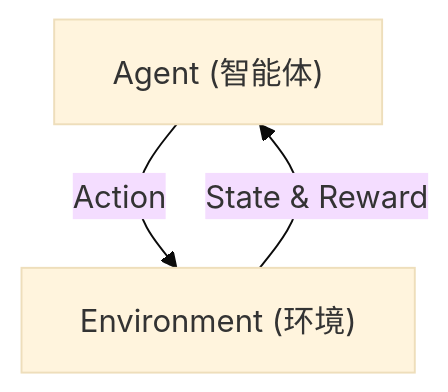
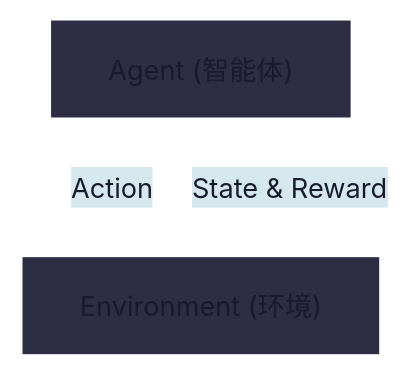
Before and after one commit to tsyhahaha/tsyhahaha.github.io: the diagram in _posts/2026-03-10-qiang-hua-xue-xi-chapter-1.md, drawn with Mermaid.

Commit message:
fix: 更新 mermaid 浅色卡通风格配置

````diff
--- a/_posts/2026-03-10-qiang-hua-xue-xi-chapter-1.md
+++ b/_posts/2026-03-10-qiang-hua-xue-xi-chapter-1.md
@@ -20,8 +20,8 @@
 ```mermaid
-%%{init: {"theme": "base", "themeVariables": {"fontFamily": "monospace"}}}%%
+%%{init: {"theme": "base", "themeVariables": {"fontFamily": "Menlo, Monaco, monospace", "fontSize": "14px", "primaryColor": "#e8f4f8", "primaryTextColor": "#1a1a2e", "primaryBorderColor": "#ffffff", "lineColor": "#ffffff", "secondaryColor": "#d4e8ed", "tertiaryColor": "#f0f8ff", "background": "#1a1a2e", "mainBkg": "#2d2d44", "nodeBorder": "#ffffff", "clusterBkg": "#2d2d44", "clusterBorder": "#4a4a6a", "titleColor": "#ffffff"}}}%%
 graph TD
     A["Agent (智能体)"]
     E["Environment (环境)"]
     A -- "Action" --> E
     E -- "State & Reward" --> A
 ```
````
